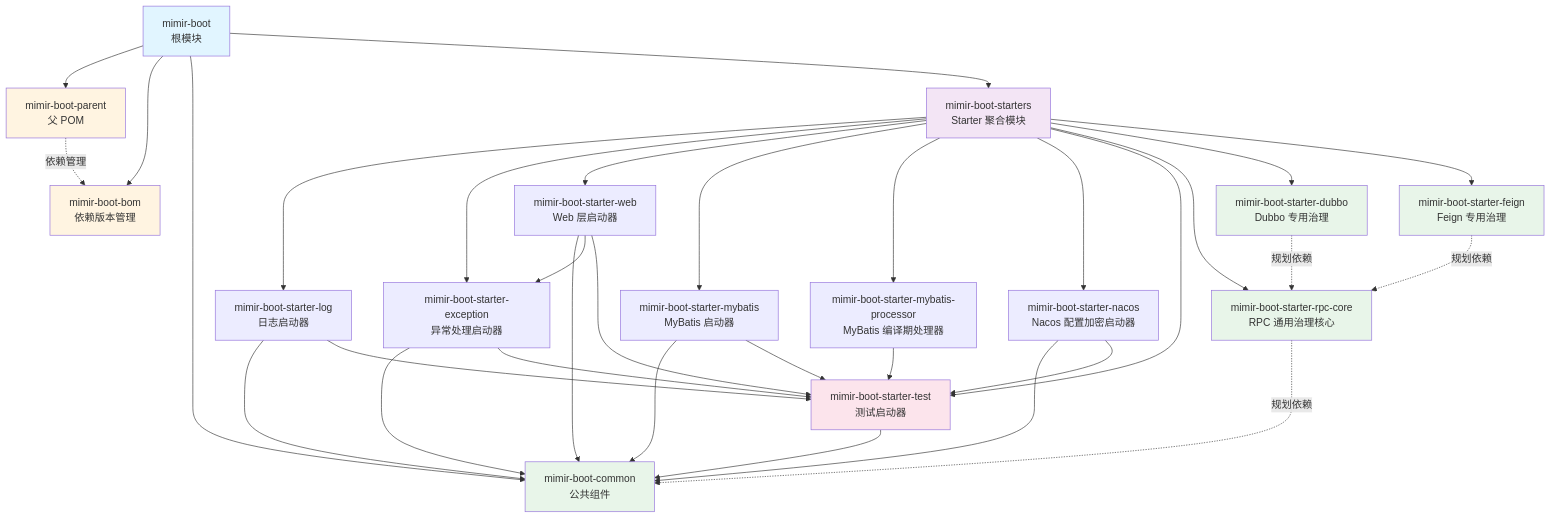
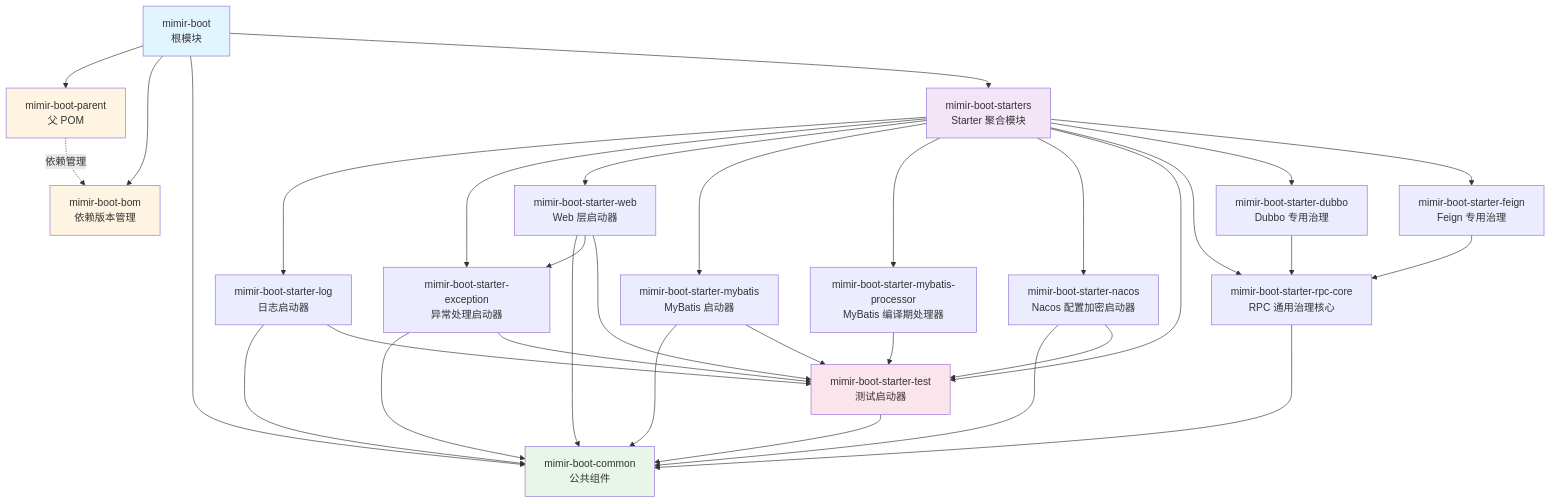
One commit to Yggdrasil-Labs/mimir-boot changed the diagram in README.md. Above: the diagram before and after it, drawn with Mermaid. The commit also changed other lines of this file and 5 other files, not shown here.

````diff
--- a/README.md
+++ b/README.md
@@ -297,48 +297,45 @@
 ```mermaid
 graph TD
     Root[mimir-boot<br/>根模块] --> Parent[mimir-boot-parent<br/>父 POM]
     Root --> BOM[mimir-boot-bom<br/>依赖版本管理]
     Root --> Common[mimir-boot-common<br/>公共组件]
     Root --> Starters[mimir-boot-starters<br/>Starter 聚合模块]
     
     Parent -.依赖管理.-> BOM
     
     Starters --> Log[mimir-boot-starter-log<br/>日志启动器]
     Starters --> Exception[mimir-boot-starter-exception<br/>异常处理启动器]
     Starters --> Web[mimir-boot-starter-web<br/>Web 层启动器]
     Starters --> MyBatis[mimir-boot-starter-mybatis<br/>MyBatis 启动器]
     Starters --> Processor[mimir-boot-starter-mybatis-processor<br/>MyBatis 编译期处理器]
     Starters --> Nacos[mimir-boot-starter-nacos<br/>Nacos 配置加密启动器]
     Starters --> Test[mimir-boot-starter-test<br/>测试启动器]
     Starters --> RPCCore[mimir-boot-starter-rpc-core<br/>RPC 通用治理核心]
     Starters --> Dubbo[mimir-boot-starter-dubbo<br/>Dubbo 专用治理]
     Starters --> Feign[mimir-boot-starter-feign<br/>Feign 专用治理]
     
     Log --> Common
     Log --> Test
     Exception --> Common
     Exception --> Test
     Web --> Common
     Web --> Exception
     Web --> Test
     MyBatis --> Common
     MyBatis --> Test
     Processor --> Test
     Nacos --> Common
     Nacos --> Test
     Test --> Common
     
-    RPCCore -.规划依赖.-> Common
-    Dubbo -.规划依赖.-> RPCCore
-    Feign -.规划依赖.-> RPCCore
+    RPCCore --> Common
+    Dubbo --> RPCCore
+    Feign --> RPCCore
     
     style Root fill:#e1f5ff
     style Parent fill:#fff4e1
     style BOM fill:#fff4e1
     style Common fill:#e8f5e9
     style Starters fill:#f3e5f5
     style Test fill:#fce4ec
-    style RPCCore fill:#e8f5e9
-    style Dubbo fill:#e8f5e9
-    style Feign fill:#e8f5e9
 ```
````
